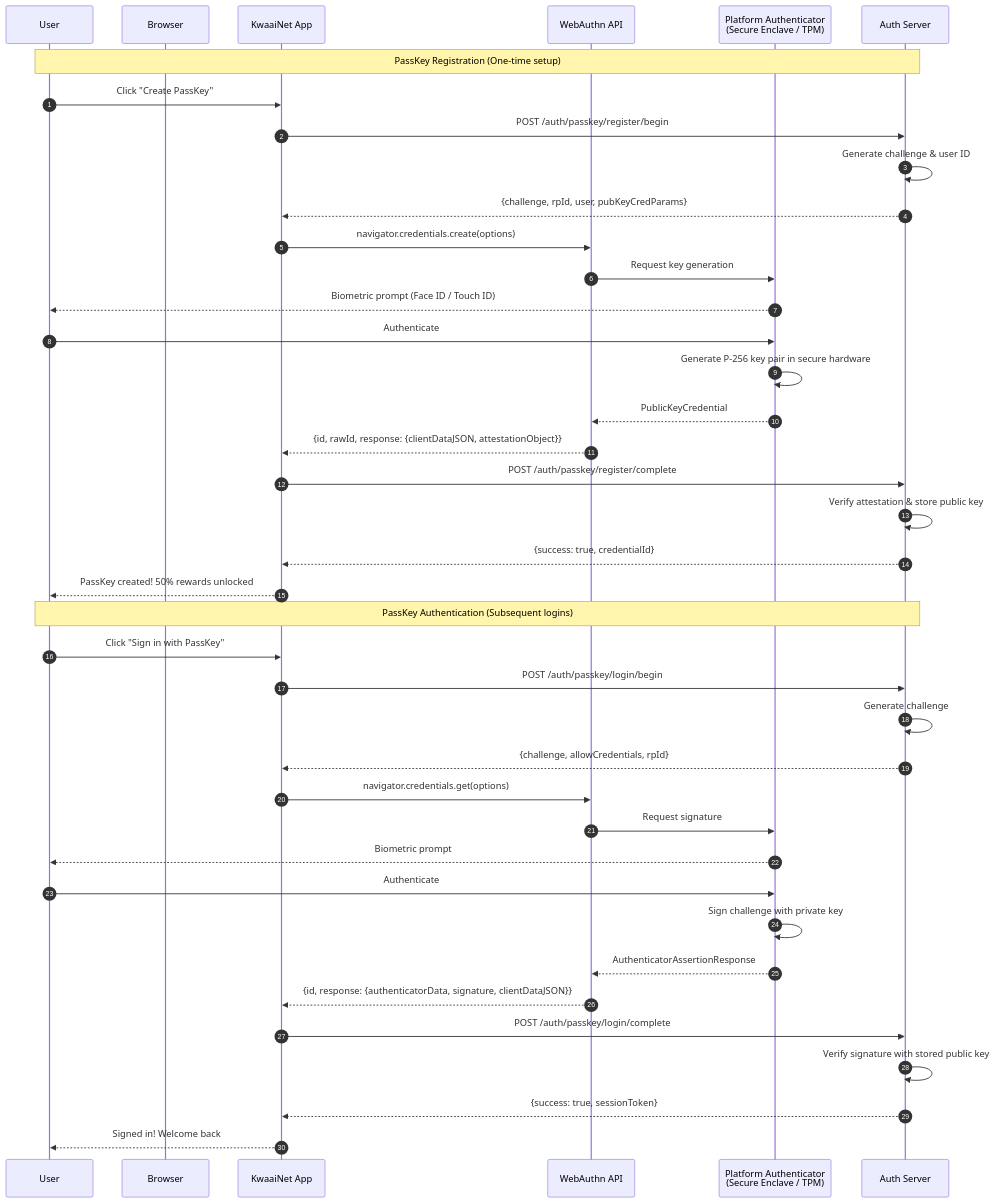
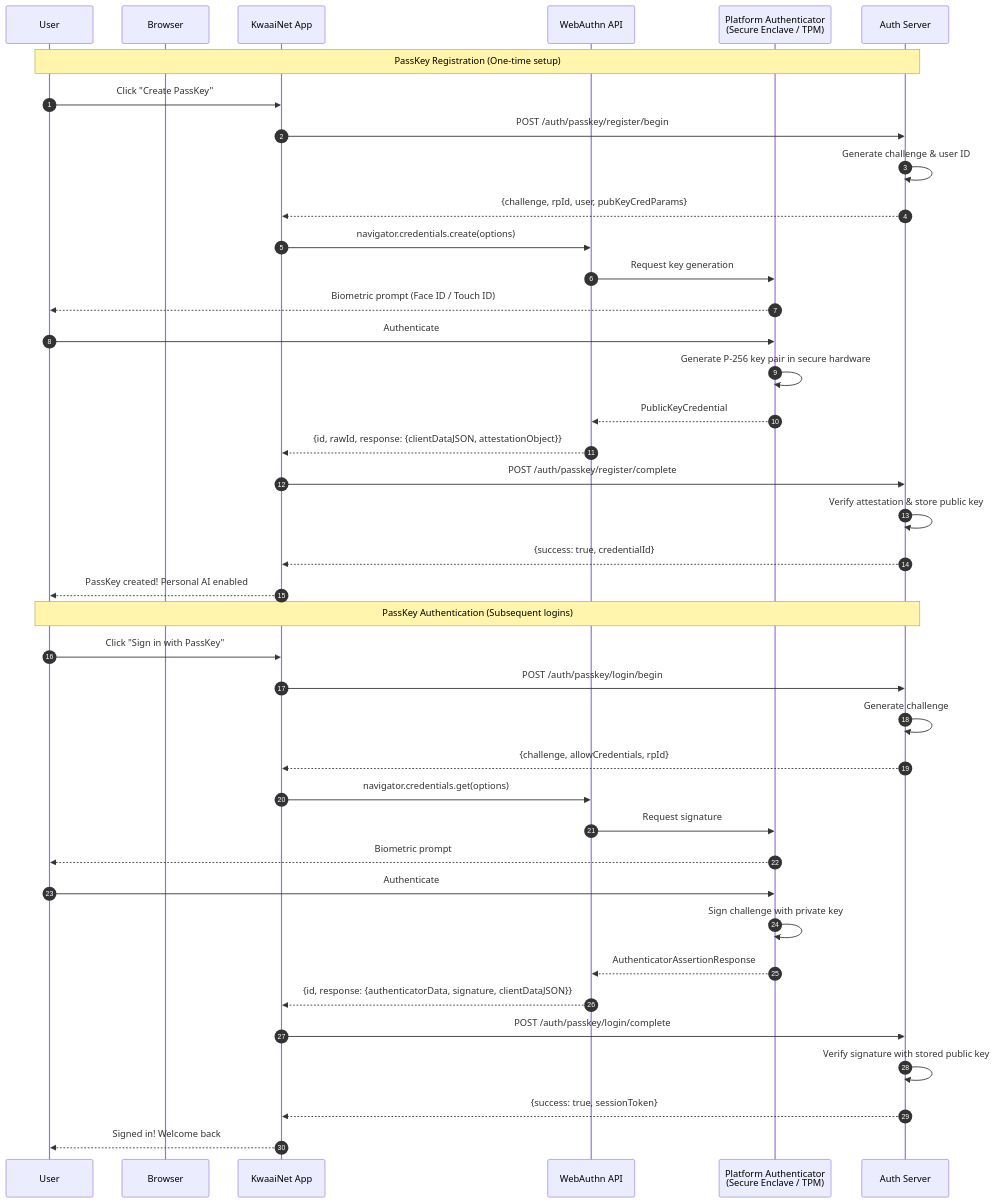
Before and after one commit to Kwaai-AI-Lab/KwaaiNet: the sixth of 15 diagrams in docs/DATA_FLOWS.md, drawn with Mermaid. The commit also changed other lines of this file and 10 other files, not shown here.

````diff
--- a/docs/DATA_FLOWS.md
+++ b/docs/DATA_FLOWS.md
@@ -289,50 +277,50 @@
 ```mermaid
 sequenceDiagram
     autonumber
     participant User
     participant Browser
     participant App as KwaaiNet App
     participant WebAuthn as WebAuthn API
     participant Platform as Platform Authenticator<br/>(Secure Enclave / TPM)
     participant Server as Auth Server
 
     Note over User,Server: PassKey Registration (One-time setup)
 
     User->>App: Click "Create PassKey"
     App->>Server: POST /auth/passkey/register/begin
     Server->>Server: Generate challenge & user ID
     Server-->>App: {challenge, rpId, user, pubKeyCredParams}
 
     App->>WebAuthn: navigator.credentials.create(options)
     WebAuthn->>Platform: Request key generation
     Platform-->>User: Biometric prompt (Face ID / Touch ID)
     User->>Platform: Authenticate
     Platform->>Platform: Generate P-256 key pair in secure hardware
     Platform-->>WebAuthn: PublicKeyCredential
 
     WebAuthn-->>App: {id, rawId, response: {clientDataJSON, attestationObject}}
     App->>Server: POST /auth/passkey/register/complete
     Server->>Server: Verify attestation & store public key
     Server-->>App: {success: true, credentialId}
-    App-->>User: PassKey created! 50% rewards unlocked
+    App-->>User: PassKey created! Personal AI enabled
 
     Note over User,Server: PassKey Authentication (Subsequent logins)
 
     User->>App: Click "Sign in with PassKey"
     App->>Server: POST /auth/passkey/login/begin
     Server->>Server: Generate challenge
     Server-->>App: {challenge, allowCredentials, rpId}
 
     App->>WebAuthn: navigator.credentials.get(options)
     WebAuthn->>Platform: Request signature
     Platform-->>User: Biometric prompt
     User->>Platform: Authenticate
     Platform->>Platform: Sign challenge with private key
     Platform-->>WebAuthn: AuthenticatorAssertionResponse
 
     WebAuthn-->>App: {id, response: {authenticatorData, signature, clientDataJSON}}
     App->>Server: POST /auth/passkey/login/complete
     Server->>Server: Verify signature with stored public key
     Server-->>App: {success: true, sessionToken}
     App-->>User: Signed in! Welcome back
 ```
````
